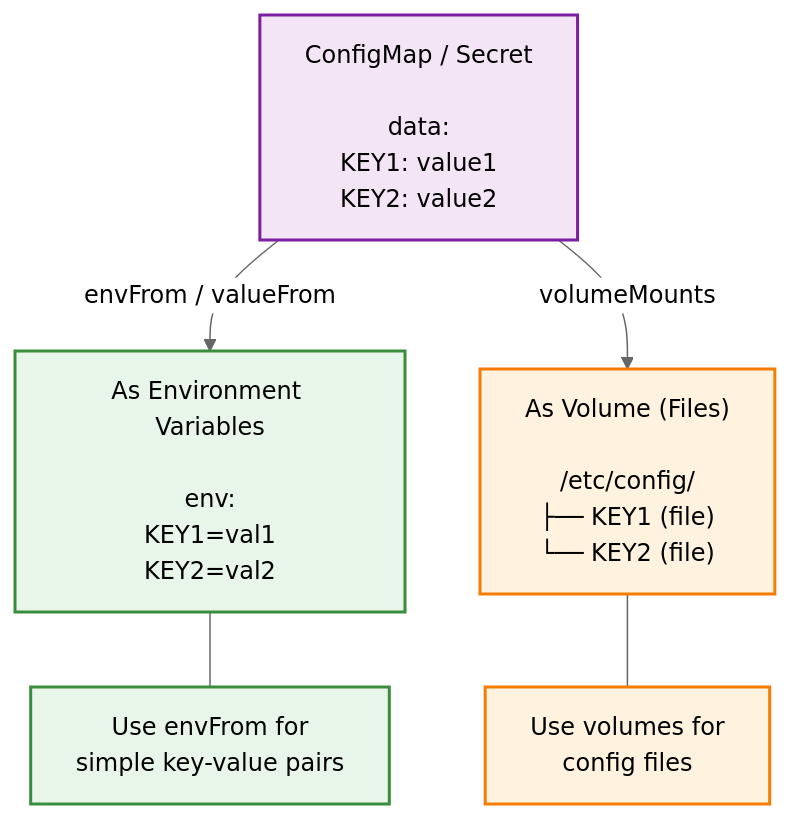
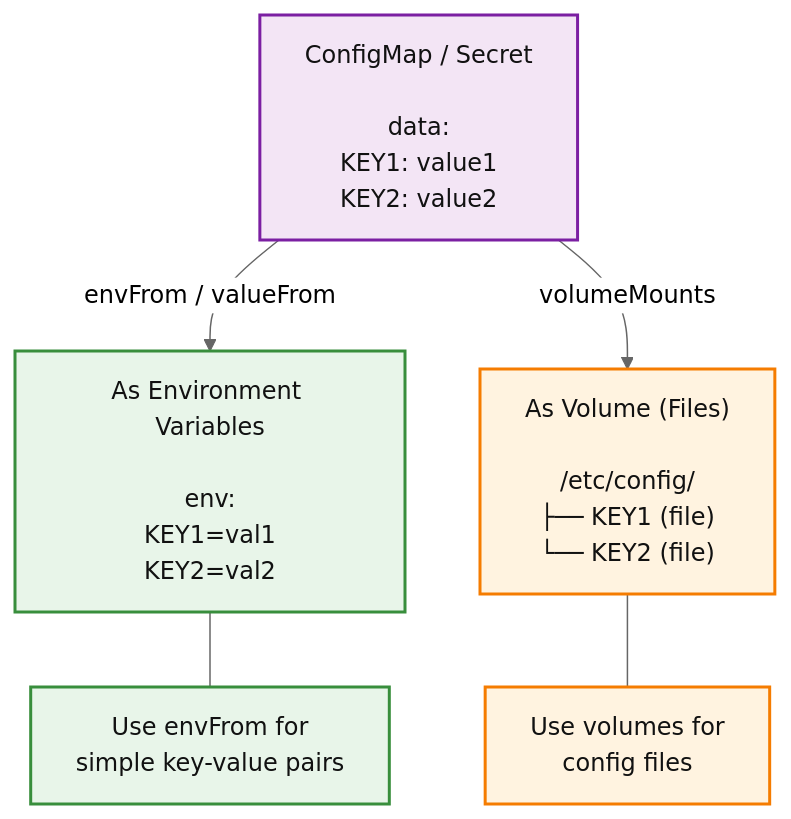
The second of 2 diagrams in src/content/docs/prerequisites/kubernetes-basics/module-1.6-configmaps-secrets.md (kube-dojo/kube-dojo.github.io), drawn with Mermaid (neutral theme) before and after one commit. The commit also changed other lines of this file and 18 other files, not shown here.

Commit message:
docs: set readable Mermaid foreground colors (#3442)

````diff
--- a/src/content/docs/prerequisites/kubernetes-basics/module-1.6-configmaps-secrets.md
+++ b/src/content/docs/prerequisites/kubernetes-basics/module-1.6-configmaps-secrets.md
@@ -293,20 +293,20 @@
 ```mermaid
 graph TD
-    classDef source fill:#f3e5f5,stroke:#7b1fa2,stroke-width:2px
-    classDef env fill:#e8f5e9,stroke:#388e3c,stroke-width:2px
-    classDef vol fill:#fff3e0,stroke:#f57c00,stroke-width:2px
+    classDef source fill:#f3e5f5,color:#111,stroke:#7b1fa2,stroke-width:2px
+    classDef env fill:#e8f5e9,color:#111,stroke:#388e3c,stroke-width:2px
+    classDef vol fill:#fff3e0,color:#111,stroke:#f57c00,stroke-width:2px
 
     CS["ConfigMap / Secret<br><br>data:<br>KEY1: value1<br>KEY2: value2"]:::source
     
     ENV["As Environment Variables<br><br>env:<br>KEY1=val1<br>KEY2=val2"]:::env
     VOL["As Volume (Files)<br><br>/etc/config/<br>├── KEY1 (file)<br>└── KEY2 (file)"]:::vol
     
     CS -->|envFrom / valueFrom| ENV
     CS -->|volumeMounts| VOL
 
     N1["Use envFrom for<br>simple key-value pairs"]:::env
     N2["Use volumes for<br>config files"]:::vol
 
     ENV --- N1
     VOL --- N2
 ```
````
